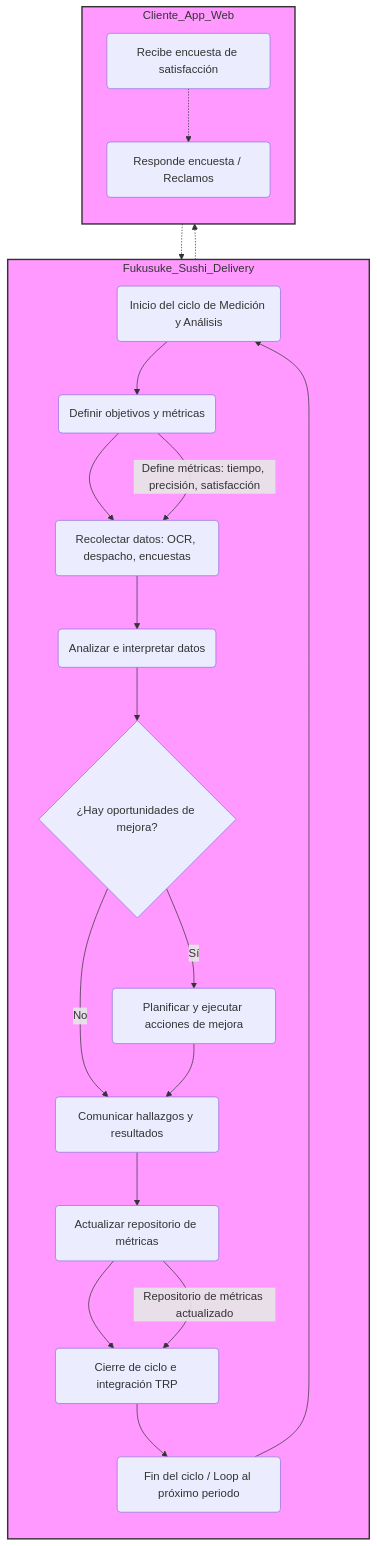
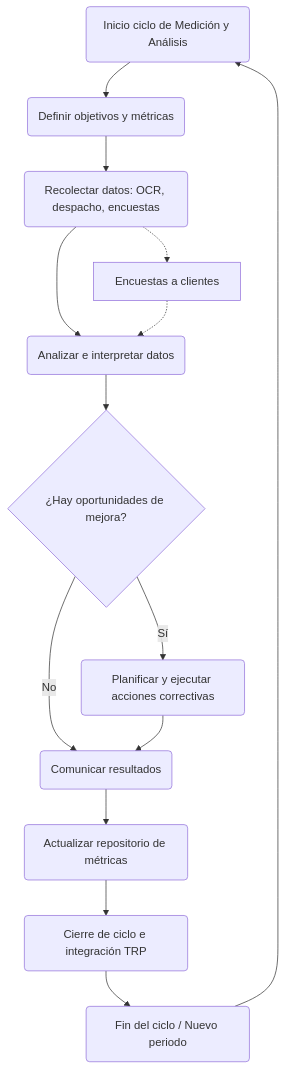
One commit to titoruizh/Sushi changed the diagram in README.md. Above: the diagram before and after it, drawn with Mermaid.

Commit message:
Revise flowchart for measurement and analysis cycle

````diff
--- a/README.md
+++ b/README.md
@@ -3,47 +3,29 @@
 ```mermaid
 flowchart TD
-  subgraph Fukusuke_Sushi_Delivery
-    direction TB
-    Gerencia_Inicio("Inicio del ciclo de Medición y Análisis")
-    Definir_Obj("Definir objetivos y métricas")
-    Recolectar_Datos("Recolectar datos: OCR, despacho, encuestas")
-    Analizar_Datos("Analizar e interpretar datos")
-    Decidir_Mejora{"¿Hay oportunidades de mejora?"}
-    Accion_Mejora("Planificar y ejecutar acciones de mejora")
-    Comunicar("Comunicar hallazgos y resultados")
-    Actualizar_Repo("Actualizar repositorio de métricas")
-    Cierre_Ciclo("Cierre de ciclo e integración TRP")
-    Fin_Ciclo("Fin del ciclo / Loop al próximo periodo")
+    A(Inicio ciclo de Medición y Análisis)
+    B(Definir objetivos y métricas)
+    C(Recolectar datos: OCR, despacho, encuestas)
+    D(Analizar e interpretar datos)
+    E{¿Hay oportunidades de mejora?}
+    F(Planificar y ejecutar acciones correctivas)
+    G(Comunicar resultados)
+    H(Actualizar repositorio de métricas)
+    I(Cierre de ciclo e integración TRP)
+    J(Fin del ciclo / Nuevo periodo)
 
-    Gerencia_Inicio --> Definir_Obj
-    Definir_Obj --> Recolectar_Datos
-    Recolectar_Datos --> Analizar_Datos
-    Analizar_Datos --> Decidir_Mejora
-    Decidir_Mejora -- Sí --> Accion_Mejora
-    Decidir_Mejora -- No --> Comunicar
-    Accion_Mejora --> Comunicar
-    Comunicar --> Actualizar_Repo
-    Actualizar_Repo --> Cierre_Ciclo
-    Cierre_Ciclo --> Fin_Ciclo
-    Fin_Ciclo --> Gerencia_Inicio
-  end
+    A --> B
+    B --> C
+    C --> D
+    D --> E
+    E -- Sí --> F
+    E -- No --> G
+    F --> G
+    G --> H
+    H --> I
+    I --> J
+    J --> A
 
-  subgraph Cliente_App_Web
-    direction TB
-    Recibe_Encuesta("Recibe encuesta de satisfacción")
-    Responde_Encuesta("Responde encuesta / Reclamos")
-  end
-
-  Recolectar_Datos -.-> Recibe_Encuesta
-  Recibe_Encuesta -.-> Responde_Encuesta
-  Responde_Encuesta -.-> Analizar_Datos
-
-  %% Artefactos y almacenes pueden representarse con anotaciones
-  Definir_Obj -- "Define métricas: tiempo, precisión, satisfacción" --> Recolectar_Datos
-  Actualizar_Repo -- "Repositorio de métricas actualizado" --> Cierre_Ciclo
-
-  %% Notas explicativas
-  classDef pool fill:#f9f,stroke:#333,stroke-width:2px;
-  class Fukusuke_Sushi_Delivery pool;
-  class Cliente_App_Web pool;
+    %% Flujos externos (cliente)
+    C -.-> K[Encuestas a clientes]
+    K -.-> D
 ```
````
